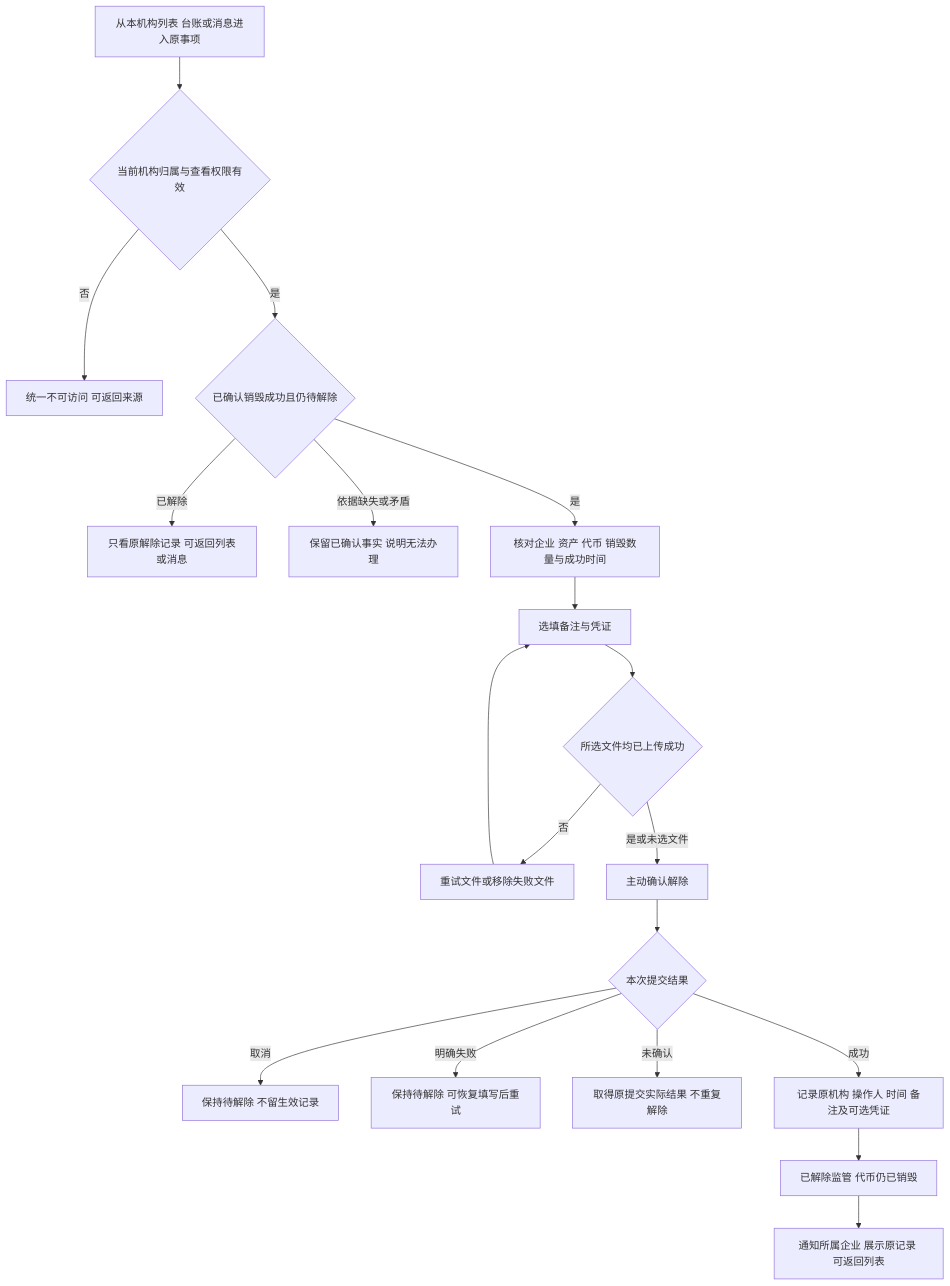
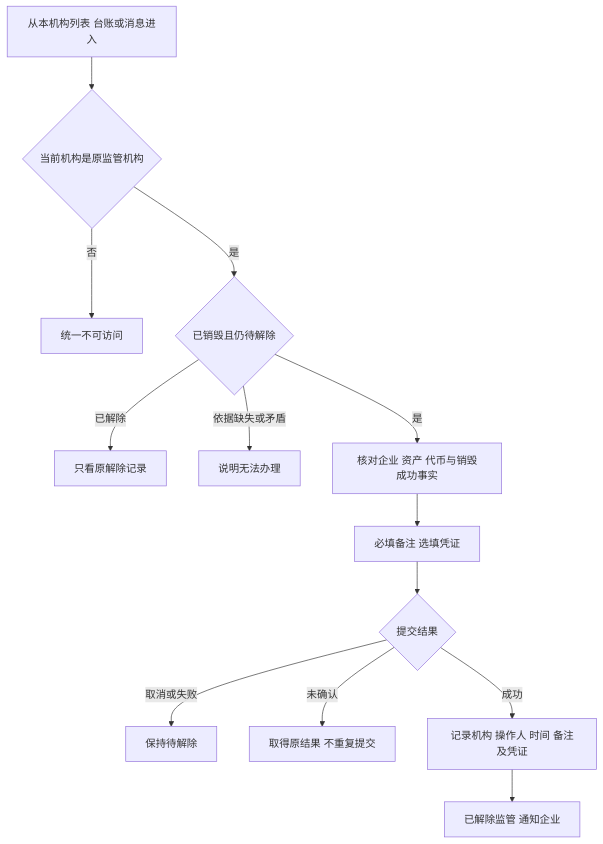
One commit to wxblockchain/Chain-Financing changed the fourth of 5 diagrams in token-issuance-platform/PRD/管理端/M4b-销毁审核与解除质押/02-销毁审核与解除质押-流程图与状态机.md. Above: the diagram before and after it, drawn with Mermaid. The commit also changed other lines of this file and 16 other files, not shown here.

````diff
--- a/token-issuance-platform/PRD/管理端/M4b-销毁审核与解除质押/02-销毁审核与解除质押-流程图与状态机.md
+++ b/token-issuance-platform/PRD/管理端/M4b-销毁审核与解除质押/02-销毁审核与解除质押-流程图与状态机.md
@@ -109,21 +83,15 @@
 ```mermaid
 flowchart TD
-    A[从本机构列表 台账或消息进入原事项] --> B{当前机构归属与查看权限有效}
-    B -->|否| C[统一不可访问 可返回来源]
-    B -->|是| D{已确认销毁成功且仍待解除}
-    D -->|已解除| E[只看原解除记录 可返回列表或消息]
-    D -->|依据缺失或矛盾| F[保留已确认事实 说明无法办理]
-    D -->|是| G[核对企业 资产 代币 销毁数量与成功时间]
-    G --> H[选填备注与凭证]
-    H --> I{所选文件均已上传成功}
-    I -->|否| J[重试文件或移除失败文件]
-    J --> H
-    I -->|是或未选文件| K[主动确认解除]
-    K --> L{本次提交结果}
-    L -->|取消| M[保持待解除 不留生效记录]
-    L -->|明确失败| N[保持待解除 可恢复填写后重试]
-    L -->|未确认| O[取得原提交实际结果 不重复解除]
-    L -->|成功| P[记录原机构 操作人 时间 备注及可选凭证]
-    P --> Q[已解除监管 代币仍已销毁]
-    Q --> R[通知所属企业 展示原记录 可返回列表]
+    A[从本机构列表 台账或消息进入] --> B{当前机构是原监管机构}
+    B -->|否| C[统一不可访问]
+    B -->|是| D{已销毁且仍待解除}
+    D -->|已解除| E[只看原解除记录]
+    D -->|依据缺失或矛盾| F[说明无法办理]
+    D -->|是| G[核对企业 资产 代币与销毁成功事实]
+    G --> H[必填备注 选填凭证]
+    H --> I{提交结果}
+    I -->|取消或失败| J[保持待解除]
+    I -->|未确认| K[取得原结果 不重复提交]
+    I -->|成功| L[记录机构 操作人 时间 备注及凭证]
+    L --> M[已解除监管 通知企业]
 ```
````
